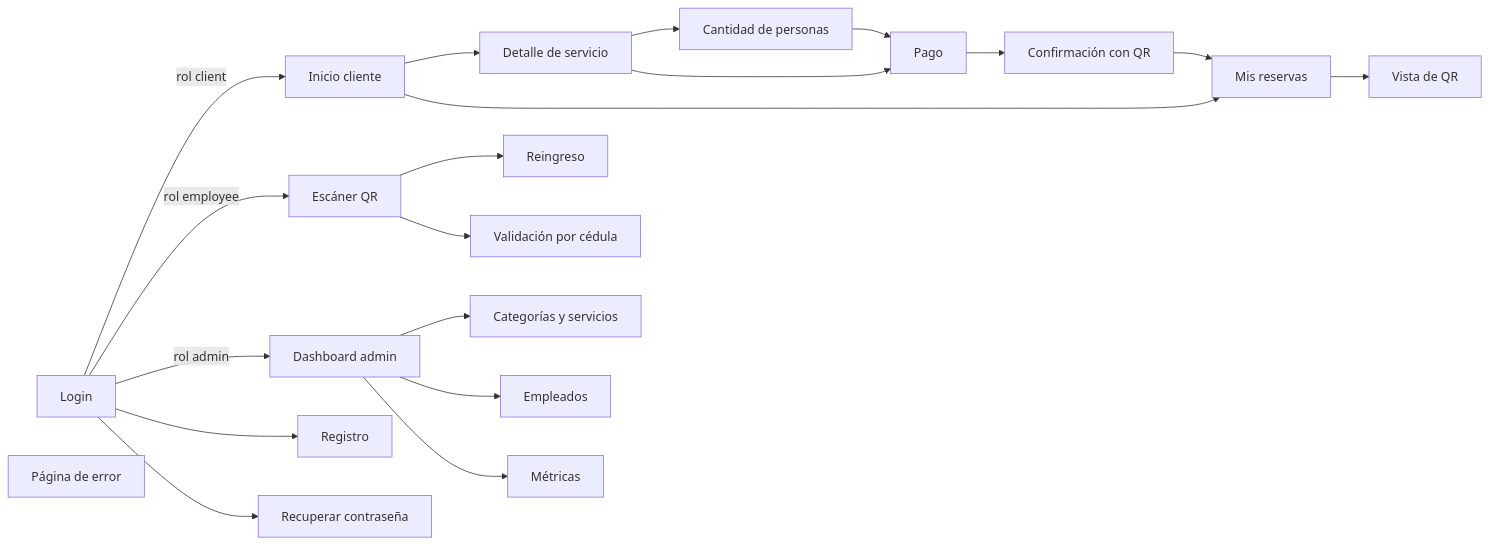
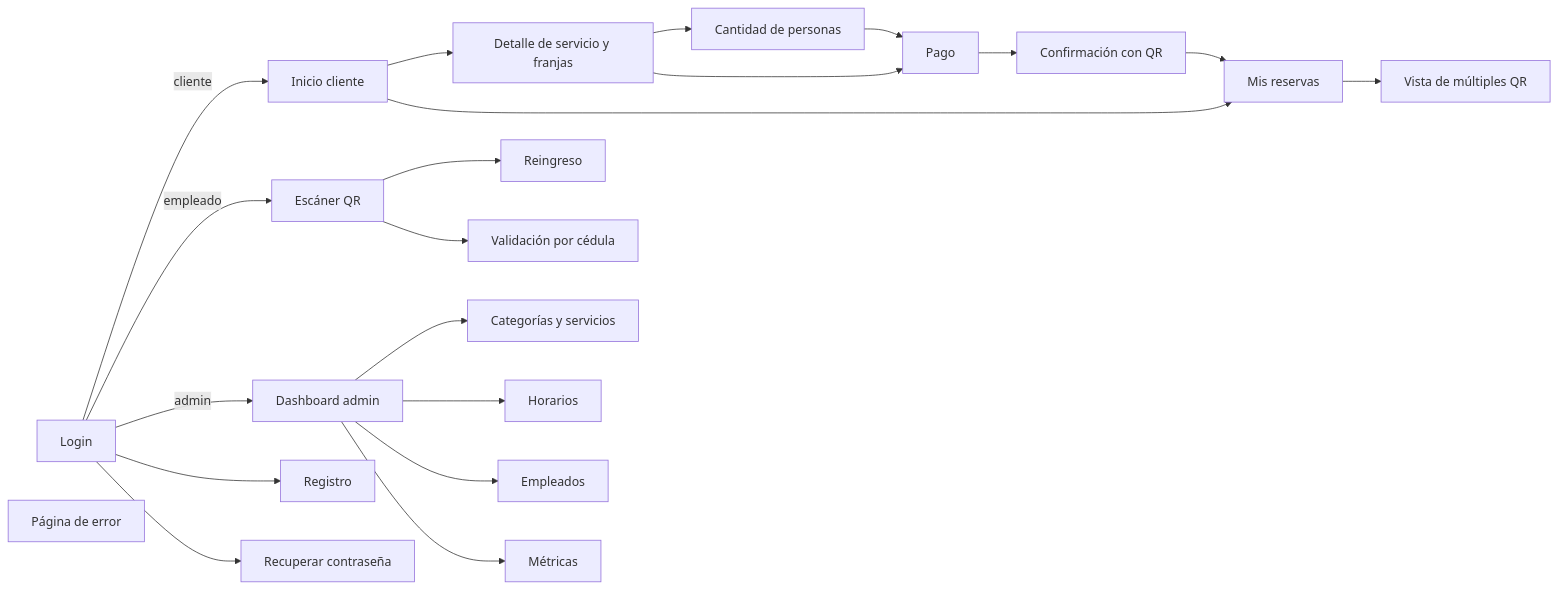
Before and after one commit to complejo-deportivo-dev/complejo-deportivo: the ninth of 9 diagrams in docs/diseño/ui-flujos.md, drawn with Mermaid. The commit also changed other lines of this file, not shown here.

````diff
--- a/docs/diseño/ui-flujos.md
+++ b/docs/diseño/ui-flujos.md
@@ -218,26 +197,27 @@
 ```mermaid
 flowchart LR
-    L[Login] -->|rol client| C[Inicio cliente]
-    L -->|rol employee| E[Escáner QR]
-    L -->|rol admin| A[Dashboard admin]
+    L[Login] -->|cliente| C[Inicio cliente]
+    L -->|empleado| E[Escáner QR]
+    L -->|admin| A[Dashboard admin]
     L --> R[Registro]
     L --> P[Recuperar contraseña]
 
-    C --> S[Detalle de servicio]
+    C --> S[Detalle de servicio y franjas]
     S --> Q[Cantidad de personas]
     S --> PG[Pago]
     Q --> PG
     PG --> CQ[Confirmación con QR]
     CQ --> MR[Mis reservas]
     C --> MR
-    MR --> MQ[Vista de QR]
+    MR --> MQ[Vista de múltiples QR]
 
     E --> RE[Reingreso]
     E --> CD[Validación por cédula]
 
     A --> AC[Categorías y servicios]
+    A --> AH[Horarios]
     A --> AE[Empleados]
     A --> AM[Métricas]
 
     ERR[Página de error]
 ```
````
